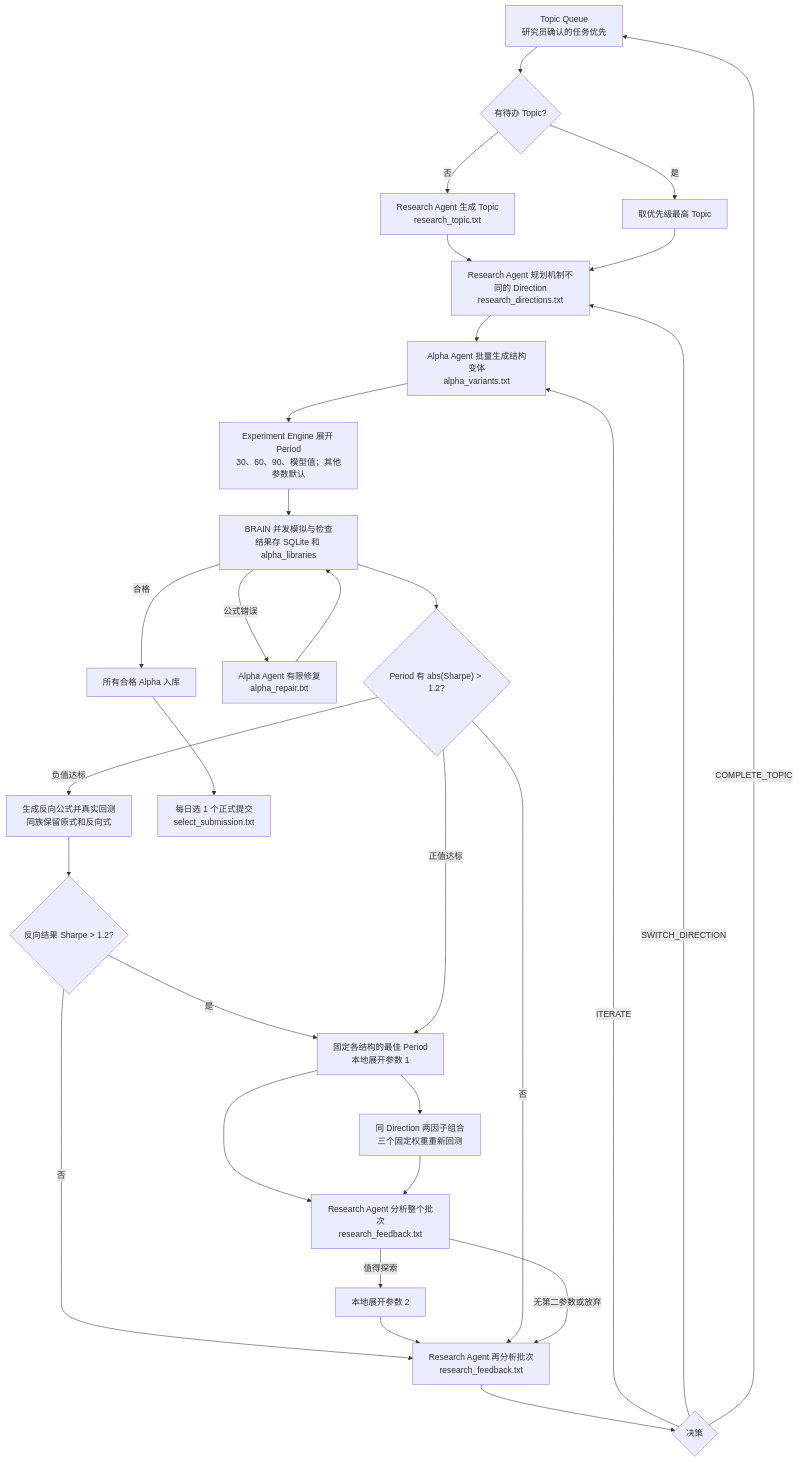
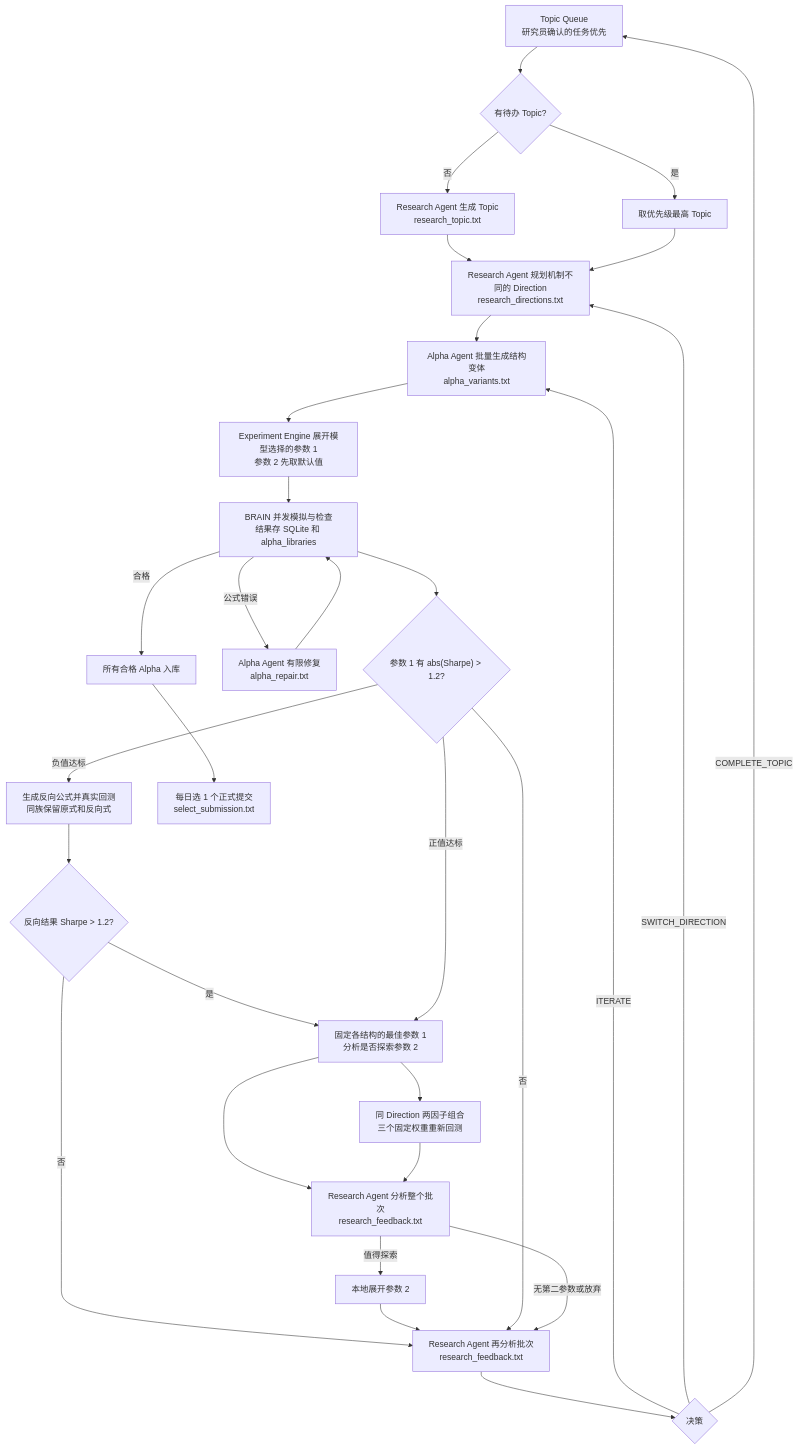
Before and after one commit to XiongChao77/Alpha-workflow: the diagram in research_workflow/WORKFLOW.md, drawn with Mermaid. The commit also changed other lines of this file and 18 other files, not shown here.

````diff
--- a/research_workflow/WORKFLOW.md
+++ b/research_workflow/WORKFLOW.md
@@ -5,32 +5,32 @@
 ```mermaid
 flowchart TD
     A["Topic Queue<br/>研究员确认的任务优先"] --> B{"有待办 Topic?"}
     B -- 否 --> C["Research Agent 生成 Topic<br/>research_topic.txt"]
     B -- 是 --> D["取优先级最高 Topic"]
     C --> E["Research Agent 规划机制不同的 Direction<br/>research_directions.txt"]
     D --> E
     E --> F["Alpha Agent 批量生成结构变体<br/>alpha_variants.txt"]
-    F --> G["Experiment Engine 展开 Period<br/>30、60、90、模型值；其他参数默认"]
+    F --> G["Experiment Engine 展开模型选择的参数 1<br/>参数 2 先取默认值"]
     G --> H["BRAIN 并发模拟与检查<br/>结果存 SQLite 和 alpha_libraries"]
-    H --> I{"Period 有 abs(Sharpe) > 1.2?"}
+    H --> I{"参数 1 有 abs(Sharpe) > 1.2?"}
     I -- 负值达标 --> V["生成反向公式并真实回测<br/>同族保留原式和反向式"]
     V --> W{"反向结果 Sharpe > 1.2?"}
     W -- 是 --> J
     W -- 否 --> M
-    I -- 正值达标 --> J["固定各结构的最佳 Period<br/>本地展开参数 1"]
+    I -- 正值达标 --> J["固定各结构的最佳参数 1<br/>分析是否探索参数 2"]
     J --> K["Research Agent 分析整个批次<br/>research_feedback.txt"]
     J --> Z["同 Direction 两因子组合<br/>三个固定权重重新回测"]
     Z --> K
     K -- 值得探索 --> L["本地展开参数 2"]
     L --> M["Research Agent 再分析批次<br/>research_feedback.txt"]
     I -- 否 --> M
     K -- 无第二参数或放弃 --> M
     M --> N{"决策"}
     N -- ITERATE --> F
     N -- SWITCH_DIRECTION --> E
     N -- COMPLETE_TOPIC --> A
     H -- 公式错误 --> R["Alpha Agent 有限修复<br/>alpha_repair.txt"]
     R --> H
     H -- 合格 --> S["所有合格 Alpha 入库"]
     S --> T["每日选 1 个正式提交<br/>select_submission.txt"]
 ```
````
